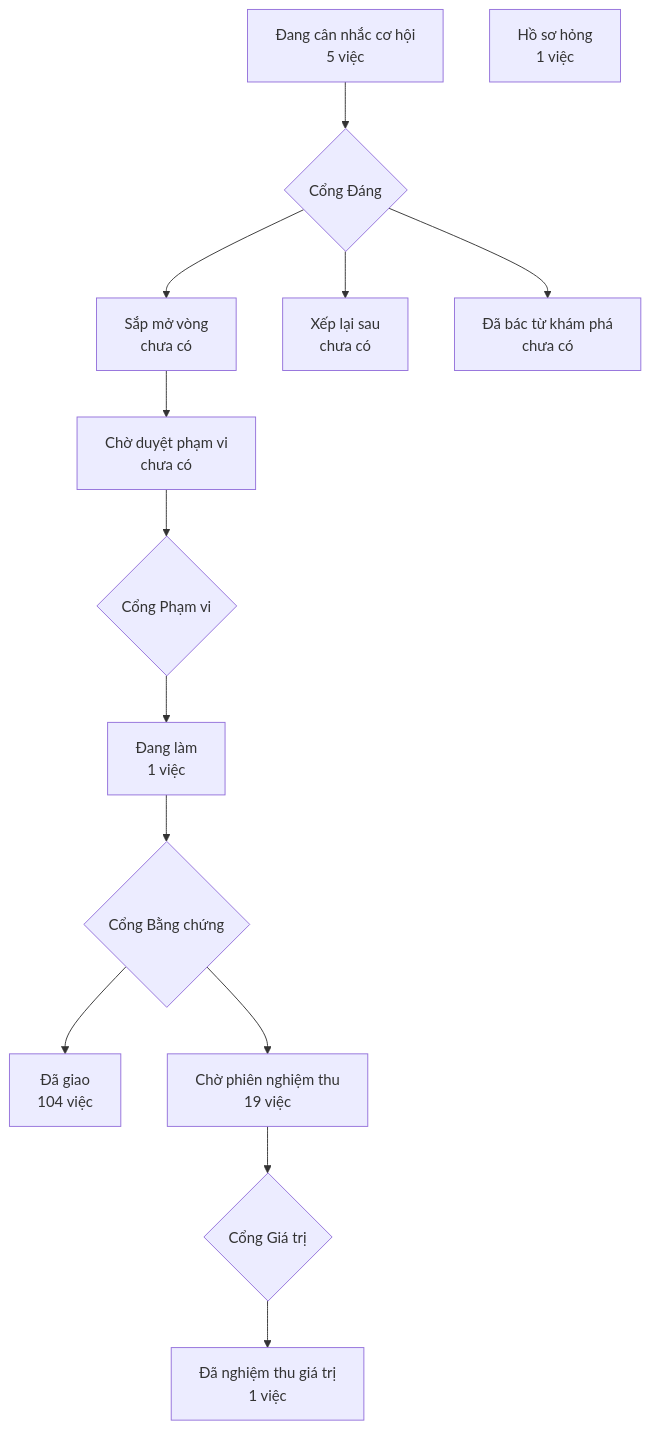
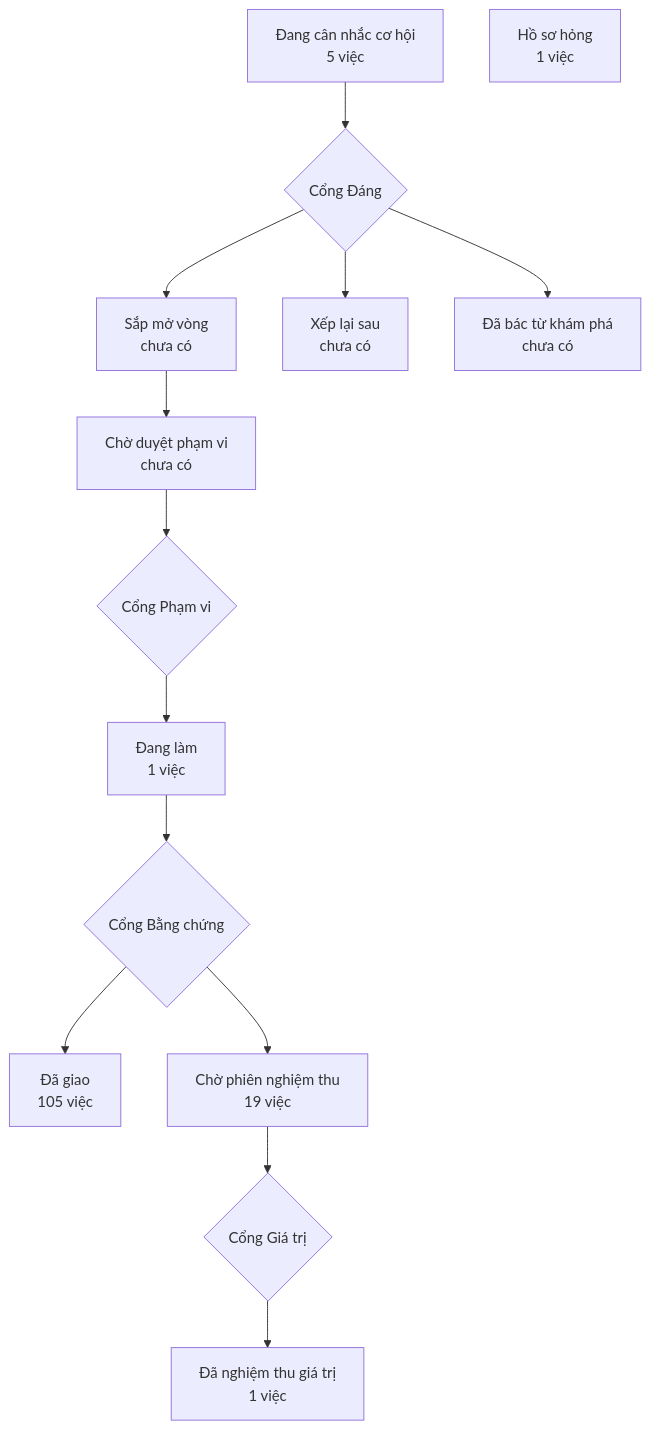
The diagram in PRODUCT-MAP.md (phanlemanh/crm-onehub), drawn with Mermaid before and after one commit.

Commit message:
chore: vẽ lại PRODUCT-MAP sau khi gộp onehub (#198)

````diff
--- a/PRODUCT-MAP.md
+++ b/PRODUCT-MAP.md
@@ -6,13 +6,13 @@
 ```mermaid
 flowchart TD
   A["Đang cân nhắc cơ hội<br/>5 việc"] --> GD{"Cổng Đáng"}
   GD --> B["Sắp mở vòng<br/>chưa có"]
   GD --> XL["Xếp lại sau<br/>chưa có"]
   GD --> DB["Đã bác từ khám phá<br/>chưa có"]
   B --> CD["Chờ duyệt phạm vi<br/>chưa có"] --> GP{"Cổng Phạm vi"}
   GP --> DL["Đang làm<br/>1 việc"] --> GB{"Cổng Bằng chứng"}
-  GB --> DG["Đã giao<br/>104 việc"]
+  GB --> DG["Đã giao<br/>105 việc"]
   GB --> CN["Chờ phiên nghiệm thu<br/>19 việc"] --> GG{"Cổng Giá trị"}
   GG --> NT["Đã nghiệm thu giá trị<br/>1 việc"]
   HS["Hồ sơ hỏng<br/>1 việc"]
 ```
````
